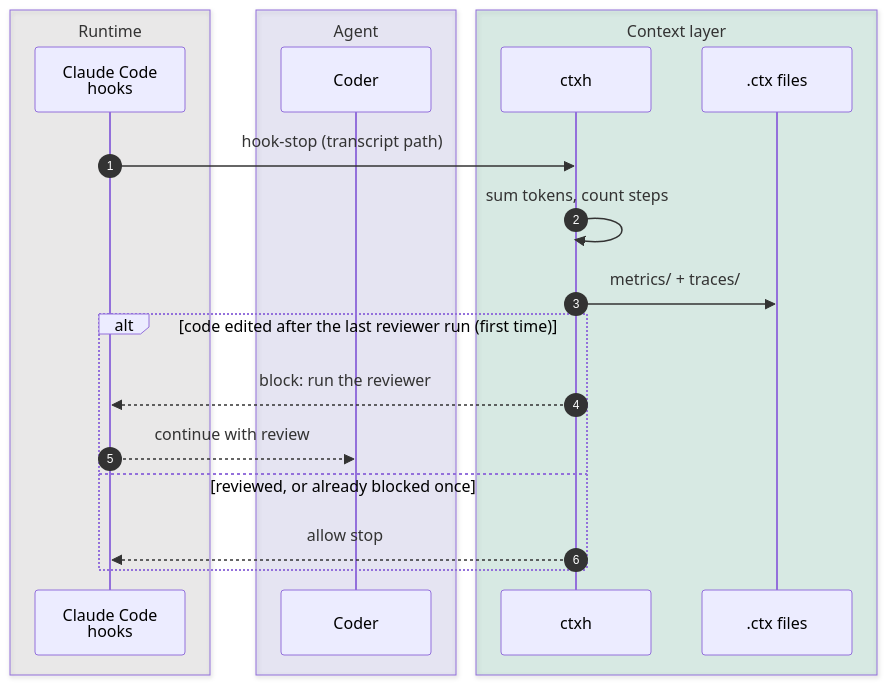
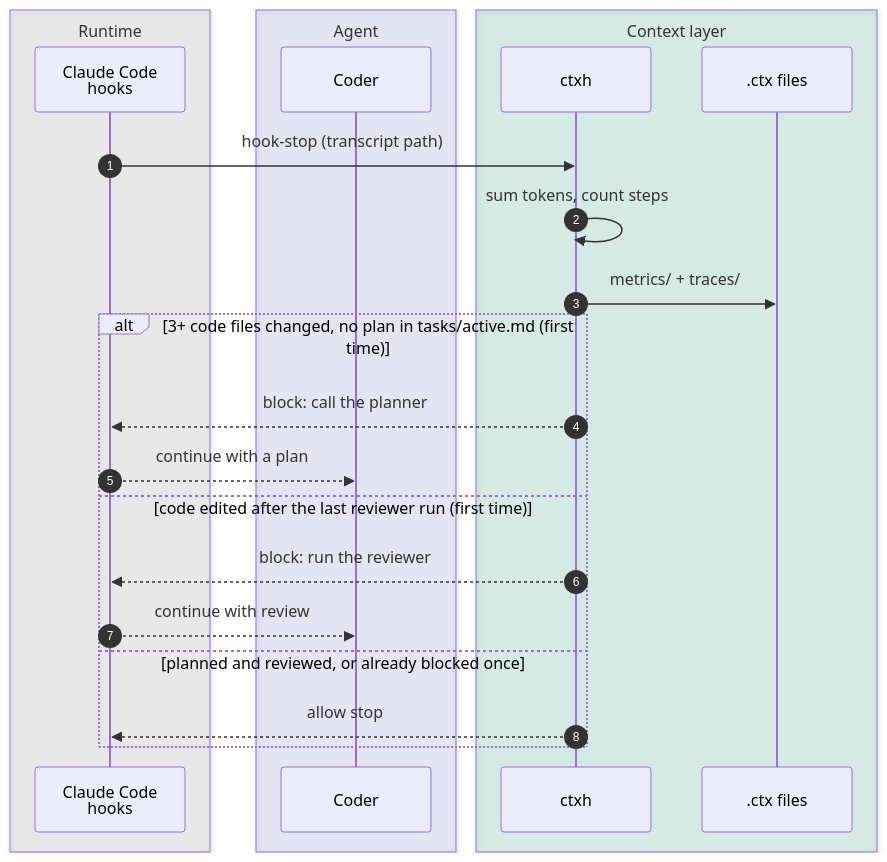
Before and after one commit to ahmetask/ctx-harness: the fifth of 6 diagrams in docs/flow.md, drawn with Mermaid. The commit also changed other lines of this file and 6 other files, not shown here.

````diff
--- a/docs/flow.md
+++ b/docs/flow.md
@@ -136,23 +136,26 @@
 ```mermaid
 sequenceDiagram
     autonumber
     box rgba(136,135,128,0.12) Runtime
         participant CC as Claude Code<br/>hooks
     end
     box rgba(127,119,221,0.14) Agent
         participant C as Coder
     end
     box rgba(29,158,117,0.14) Context layer
         participant X as ctxh
         participant F as .ctx files
     end
     CC->>X: hook-stop (transcript path)
     X->>X: sum tokens, count steps
     X->>F: metrics/ + traces/
-    alt code edited after the last reviewer run (first time)
+    alt 3+ code files changed, no plan in tasks/active.md (first time)
+        X-->>CC: block: call the planner
+        CC-->>C: continue with a plan
+    else code edited after the last reviewer run (first time)
         X-->>CC: block: run the reviewer
         CC-->>C: continue with review
-    else reviewed, or already blocked once
+    else planned and reviewed, or already blocked once
         X-->>CC: allow stop
     end
 ```
````
